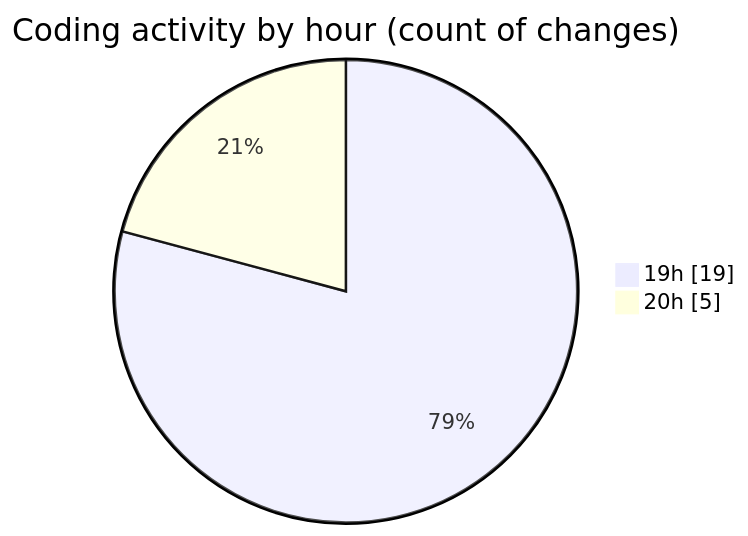
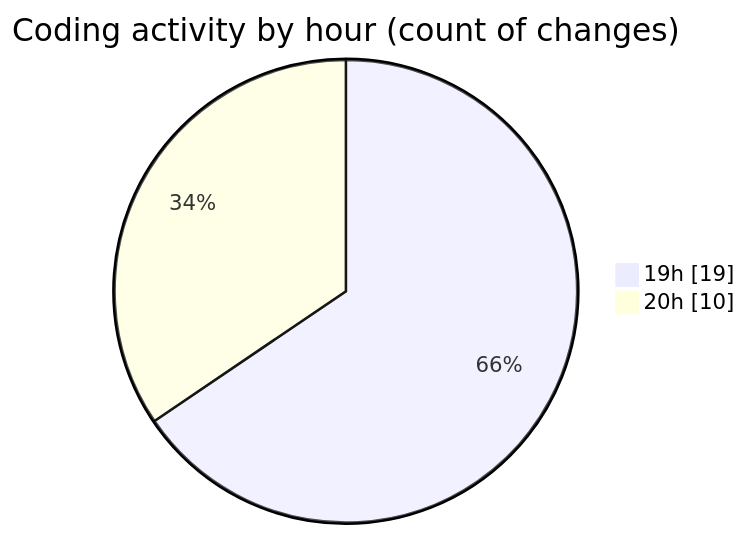
One commit to momahboobian/code-tracking changed the second of 2 diagrams in 2025-05-12/news-clock-system-caspercg/README.md. Above: the diagram before and after it, drawn with Mermaid. The commit also changed other lines of this file and 1 other file, not shown here.

````diff
--- a/2025-05-12/news-clock-system-caspercg/README.md
+++ b/2025-05-12/news-clock-system-caspercg/README.md
@@ -33,6 +33,6 @@
 ```mermaid
 pie showData
 title Coding activity by hour (count of changes)
 "19h" : 19
-"20h" : 5
+"20h" : 10
 ```
````
